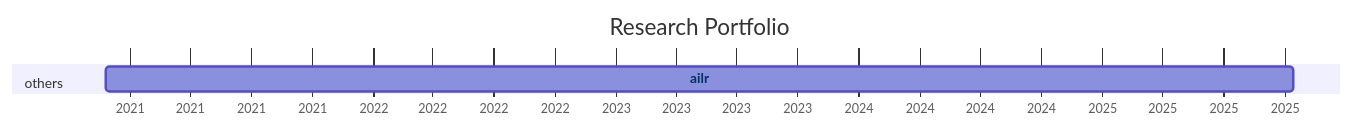
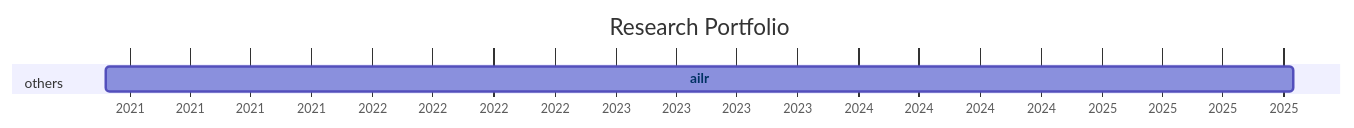
Before and after one commit to digital-work-lab/handbook: the diagram in docs/20-research/25-projects-gantt.md, drawn with Mermaid.

Commit message:
Update repository overview

````diff
--- a/docs/20-research/25-projects-gantt.md
+++ b/docs/20-research/25-projects-gantt.md
@@ -8,21 +8,21 @@
 ```mermaid
 ---
 displayMode: compact
 ---
 gantt
 title Research Portfolio
 dateFormat YYYY-MM-DD
 axisFormat %Y
 
     section work_practices
 
     section distributed_organizing
 
     section knowledge_synthesis
 
     section others
-        ailr :ailr, 2020-11-26, 2025-10-15
+        ailr :ailr, 2020-11-26, 2025-10-16
 
 
     click ailr href "{{ site.baseurl }}/docs/10-lab/18-resources/ailr.html"
 ```
````
